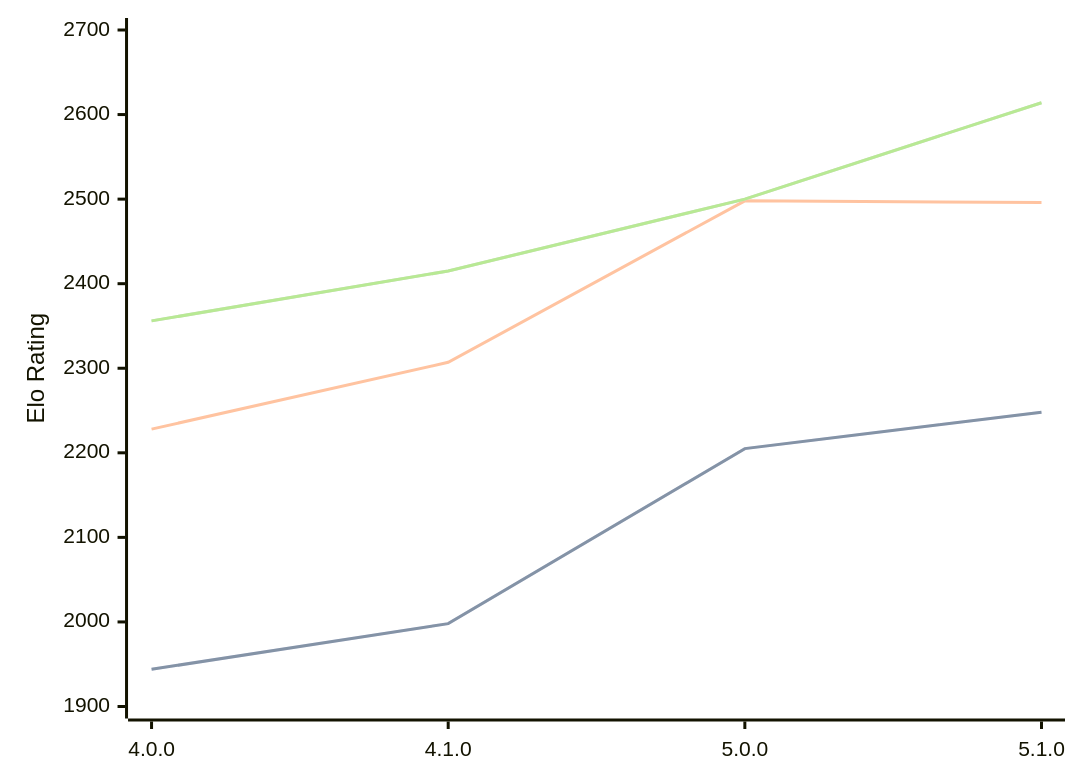
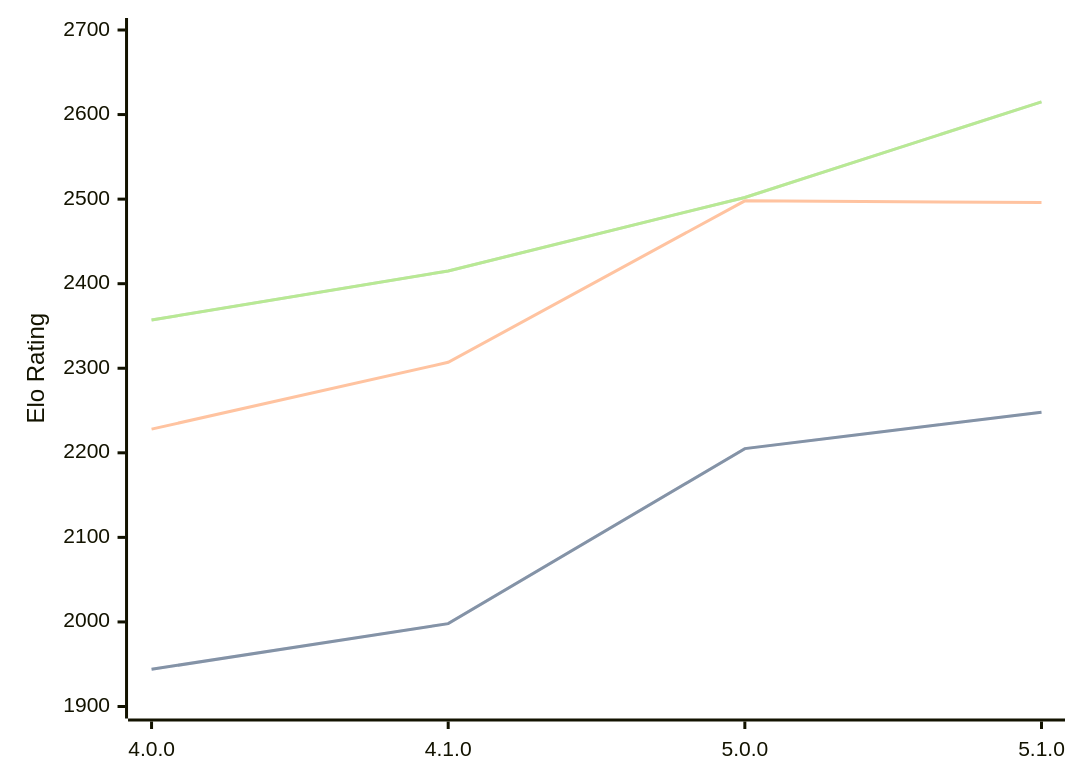
One commit to computer-chess-index/cci changed the diagram in engines/Aconcagua.md. Above: the diagram before and after it, drawn with Mermaid. The commit also changed other lines of this file, not shown here.

Commit message:
Update CCI Ratings (ELO VLTC) - 2026-05-03

````diff
--- a/engines/Aconcagua.md
+++ b/engines/Aconcagua.md
@@ -43,11 +43,11 @@
 ```mermaid
 %%{init: {"theme":"base","themeVariables":{"seriesColors:['#a3a3a3','#222221','#faa371']}}}%%
 xychart-beta
   x-axis ["4.0.0", "4.1.0", "5.0.0", "5.1.0"]
   y-axis "Elo Rating" 1900 --> 2700
   line "STC (8.0+0.08s)" [1944, 1998, 2205, 2248]
   line "STC (8.0+0.08s)" [1944, 1998, 2205, 2248]
   line "LTC (60.0+0.60s)" [2228, 2307, 2498, 2496]
-  line "VLTC (2m24s+1.12s)" [2356, 2415, 2500, 2614]
-  line "VLTC (2m24s+1.12s)" [2356, 2415, 2500, 2614]
+  line "VLTC (2m24s+1.12s)" [2357, 2415, 2502, 2615]
+  line "VLTC (2m24s+1.12s)" [2357, 2415, 2502, 2615]
 ```
````
